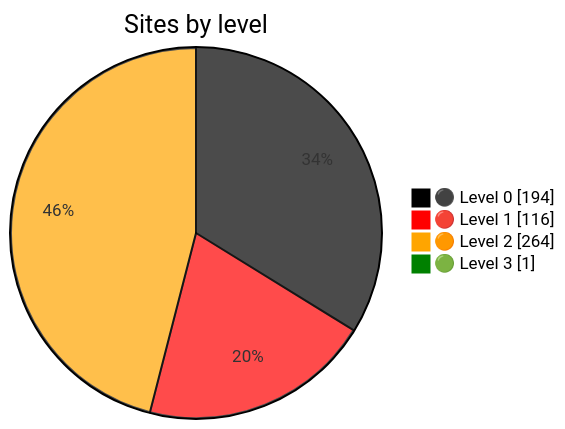
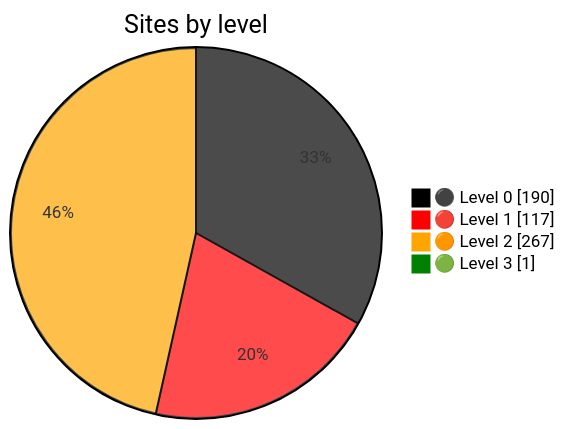
Before and after one commit to nuuuwan/gov_lk_web_auditor: the diagram in README.md, drawn with Mermaid. The commit also changed other lines of this file and 2588 other files, not shown here.

````diff
--- a/README.md
+++ b/README.md
@@ -24,9 +24,9 @@
 ```mermaid
 %%{init: {"themeVariables":{"pie1":"black","pie2":"red","pie3":"orange","pie4":"green"}}}%%
 pie showData
     title Sites by level
-    "⚫ Level 0" : 194
-    "🔴 Level 1" : 116
-    "🟠 Level 2" : 264
+    "⚫ Level 0" : 190
+    "🔴 Level 1" : 117
+    "🟠 Level 2" : 267
     "🟢 Level 3" : 1
 ```
````
